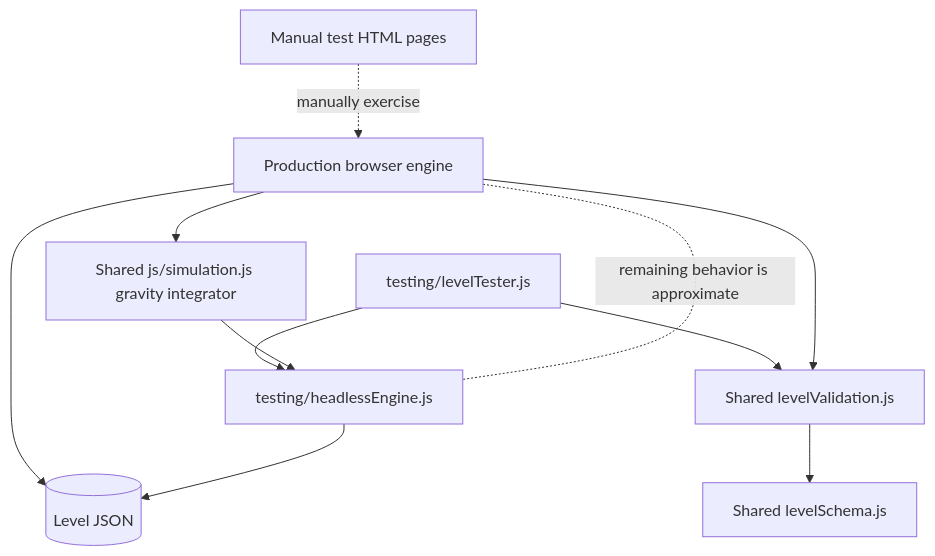
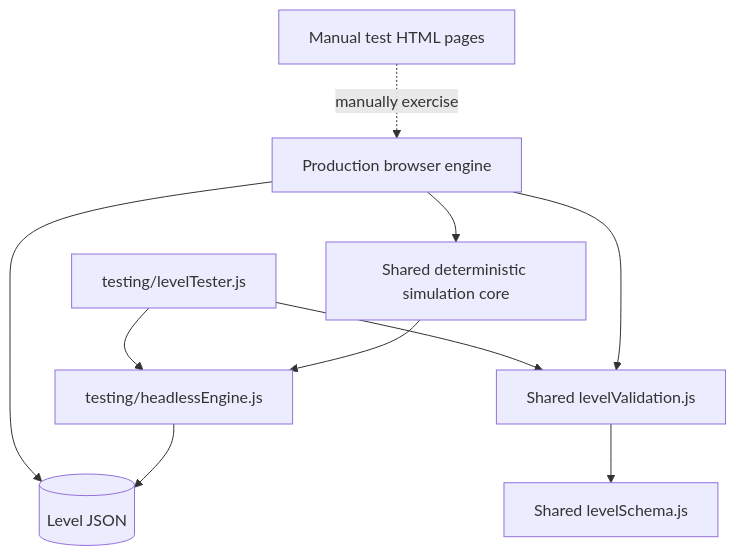
Diagram 15 of 15 in ARCHITECTURE.md (Newah1/SpacedPenguin), drawn with Mermaid before and after one commit. The commit also changed other lines of this file and 19 other files, not shown here.

````diff
--- a/ARCHITECTURE.md
+++ b/ARCHITECTURE.md
@@ -588,19 +602,18 @@
 ```mermaid
 flowchart TB
     Production[Production browser engine]
     BrowserTests[Manual test HTML pages]
     Headless[testing/headlessEngine.js]
     CLI[testing/levelTester.js]
     Levels[(Level JSON)]
 
     Production --> Levels
     BrowserTests -. manually exercise .-> Production
     CLI --> Headless
     CLI --> Validator[Shared levelValidation.js]
     Headless --> Levels
     Production --> Validator
     Validator --> Schema[Shared levelSchema.js]
-    Production --> Shared[Shared js/simulation.js gravity integrator]
-    Shared --> Headless
-    Production -. remaining behavior is approximate .- Headless
+    Production --> Core[Shared deterministic simulation core]
+    Core --> Headless
 ```
````
